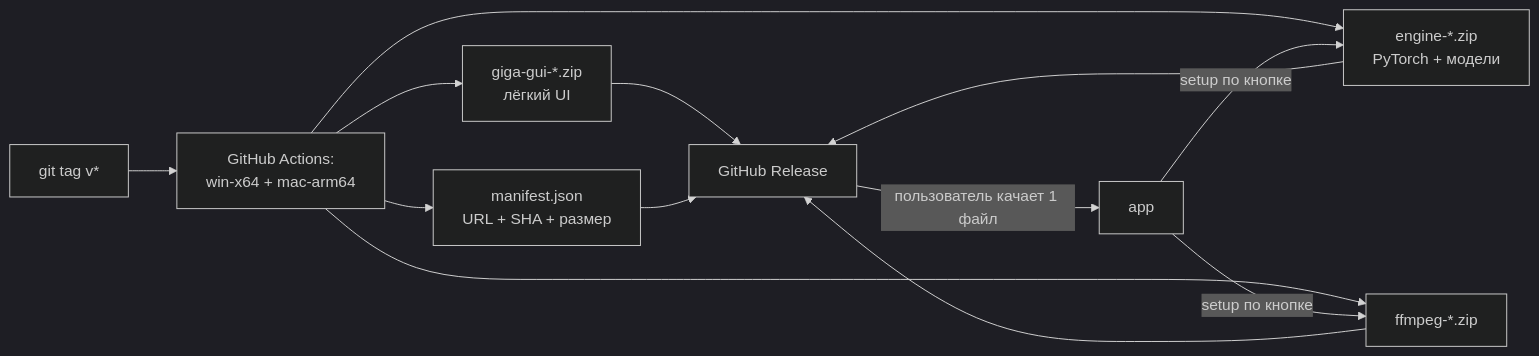
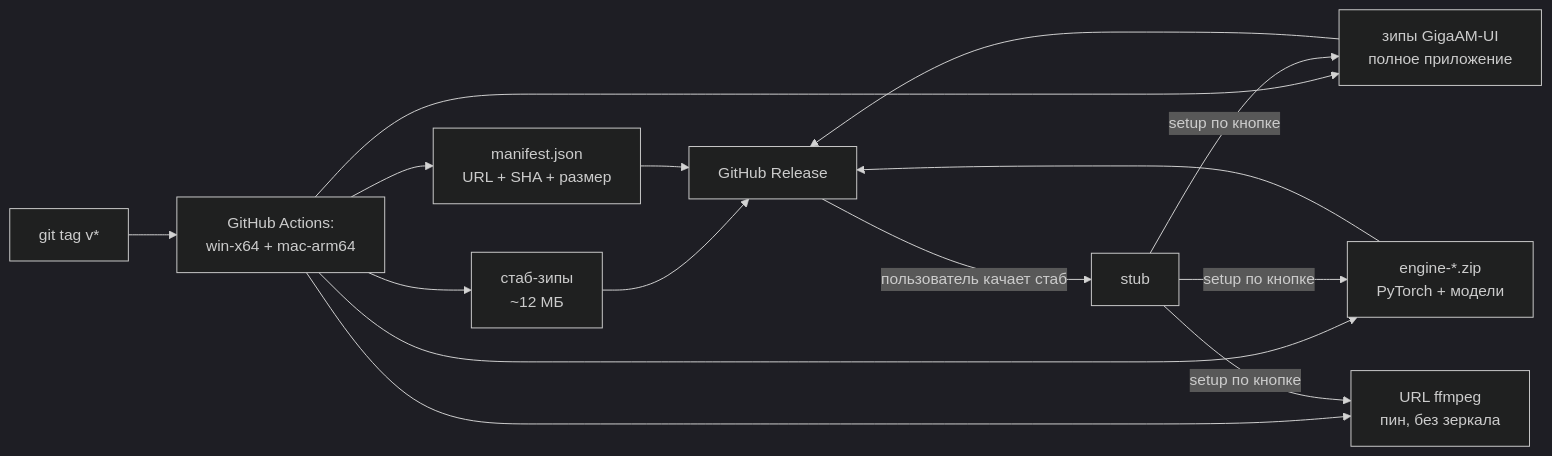
Before and after one commit to kwexz/GigaAM-UI: the fourth of 4 diagrams in README.ru.md, drawn with Mermaid (dark theme). The commit also changed other lines of this file and 9 other files, not shown here.

````diff
--- a/README.ru.md
+++ b/README.ru.md
@@ -116,11 +120,12 @@
 ```mermaid
 flowchart LR
     TAG["git tag v*"] --> CI["GitHub Actions:\nwin-x64 + mac-arm64"]
-    CI --> B1["giga-gui-*.zip\nлёгкий UI"]
+    CI --> S0["стаб-зипы\n~12 МБ"]
+    CI --> B1["зипы GigaAM-UI\nполное приложение"]
     CI --> B2["engine-*.zip\nPyTorch + модели"]
-    CI --> B3["ffmpeg-*.zip"]
+    CI --> B3["URL ffmpeg\nпин, без зеркала"]
     CI --> M["manifest.json\nURL + SHA + размер"]
-    B1 & B2 & B3 & M --> REL["GitHub Release"]
-    REL -- "пользователь качает 1 файл" --> U2[app]
-    U2 -- "setup по кнопке" --> B2 & B3
+    S0 & B1 & B2 & M --> REL["GitHub Release"]
+    REL -- "пользователь качает стаб" --> ST[stub]
+    ST -- "setup по кнопке" --> B1 & B2 & B3
 ```
````
